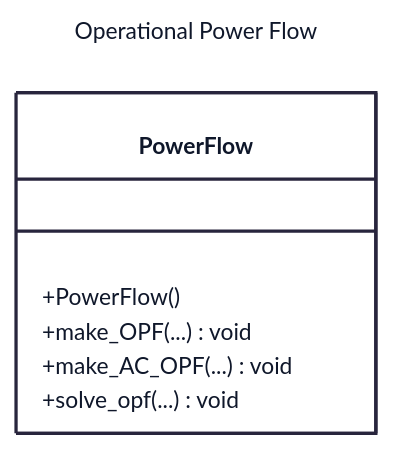
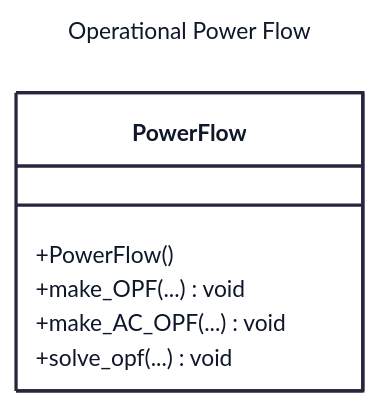
One commit to yiquintero/tmp changed the eighth of 8 diagrams in class_diagram.md. Above: the diagram before and after it, drawn with Mermaid.

Commit message:
Update class diagram configuration
Removed flowchart wrapping width and adjusted class padding.

````diff
--- a/class_diagram.md
+++ b/class_diagram.md
@@ -330,24 +330,21 @@
 ```mermaid
 ---
 title: Operational Power Flow
 config:
   theme: redux-color
   themeVariables:
     fontFamily: Segoe UI, -apple-system, BlinkMacSystemFont, sans-serif
     lineColor: "#64748B"
     primaryTextColor: "#0F172A"
-  flowchart:
-    wrappingWidth: 450
   class:
     hideEmptyMembersBox: true
-    padding: 16
 ---
 classDiagram
   
   class PowerFlow {
     +PowerFlow()
     +make_OPF(...) void
     +make_AC_OPF(...) void
     +solve_opf(...) void
   }
 ```
````
